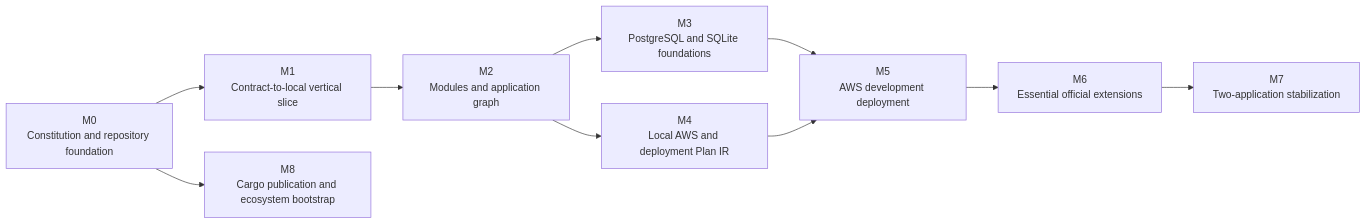
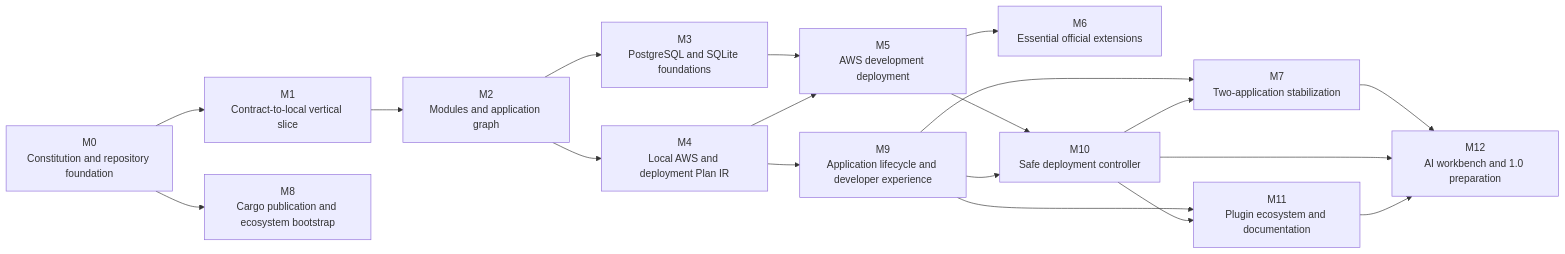
Before and after one commit to xicv/minco: the diagram in roadmap/roadmap.mmd, drawn with Mermaid. The commit also changed 42 other files, not shown here.

Commit message:
docs(roadmap): define framework completion program

```diff
--- a/roadmap/roadmap.mmd
+++ b/roadmap/roadmap.mmd
@@ -1,19 +1,32 @@
 flowchart LR
     NM0["M0<br/>Constitution and repository foundation"]
     NM1["M1<br/>Contract-to-local vertical slice"]
     NM2["M2<br/>Modules and application graph"]
     NM3["M3<br/>PostgreSQL and SQLite foundations"]
     NM4["M4<br/>Local AWS and deployment Plan IR"]
     NM5["M5<br/>AWS development deployment"]
     NM6["M6<br/>Essential official extensions"]
     NM7["M7<br/>Two-application stabilization"]
     NM8["M8<br/>Cargo publication and ecosystem bootstrap"]
+    NM9["M9<br/>Application lifecycle and developer experience"]
+    NM10["M10<br/>Safe deployment controller"]
+    NM11["M11<br/>Plugin ecosystem and documentation"]
+    NM12["M12<br/>AI workbench and 1.0 preparation"]
     NM0 --> NM1
     NM1 --> NM2
     NM2 --> NM3
     NM2 --> NM4
     NM3 --> NM5
     NM4 --> NM5
     NM5 --> NM6
-    NM6 --> NM7
+    NM9 --> NM7
+    NM10 --> NM7
     NM0 --> NM8
+    NM4 --> NM9
+    NM5 --> NM10
+    NM9 --> NM10
+    NM9 --> NM11
+    NM10 --> NM11
+    NM7 --> NM12
+    NM10 --> NM12
+    NM11 --> NM12
```
